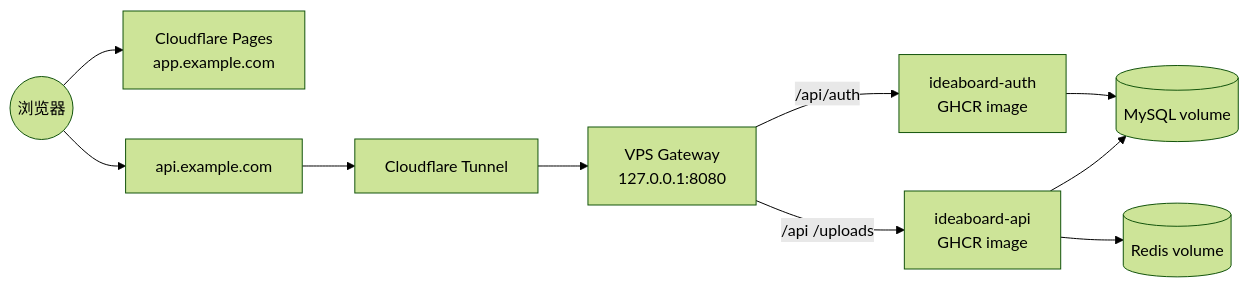
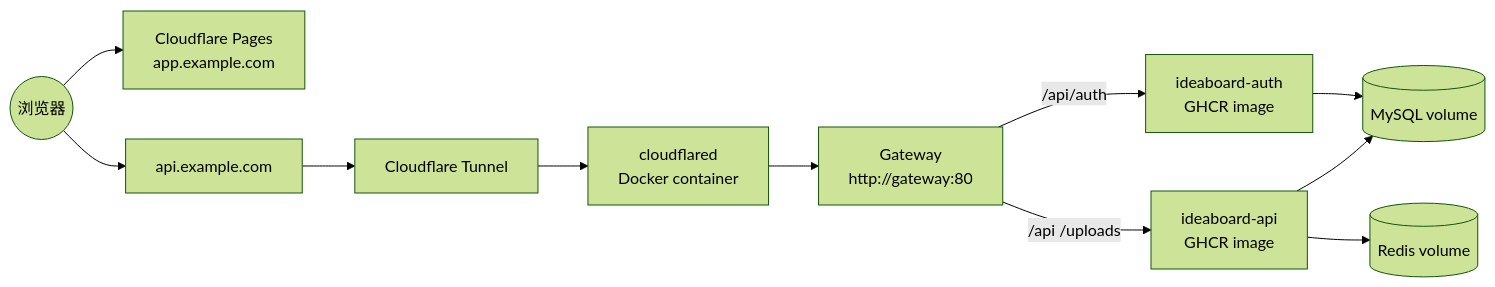
One commit to Ericsunsk/IdeaBoard changed the first of 3 diagrams in DEPLOYMENT.md. Above: the diagram before and after it, drawn with Mermaid (forest theme). The commit also changed other lines of this file and 5 other files, not shown here.

Commit message:
add cloudflared service to docker stack

````diff
--- a/DEPLOYMENT.md
+++ b/DEPLOYMENT.md
@@ -39,12 +39,13 @@
 ```mermaid
 graph LR
     Browser((浏览器)) --> Pages["Cloudflare Pages<br>app.example.com"]
     Browser --> ApiDomain["api.example.com"]
     ApiDomain --> Tunnel["Cloudflare Tunnel"]
-    Tunnel --> Gateway["VPS Gateway<br>127.0.0.1:8080"]
+    Tunnel --> Cloudflared["cloudflared<br>Docker container"]
+    Cloudflared --> Gateway["Gateway<br>http://gateway:80"]
     Gateway -- "/api/auth" --> Auth["ideaboard-auth<br>GHCR image"]
     Gateway -- "/api /uploads" --> API["ideaboard-api<br>GHCR image"]
     Auth --> MySQL[("MySQL volume")]
     API --> MySQL
     API --> Redis[("Redis volume")]
 ```
````
